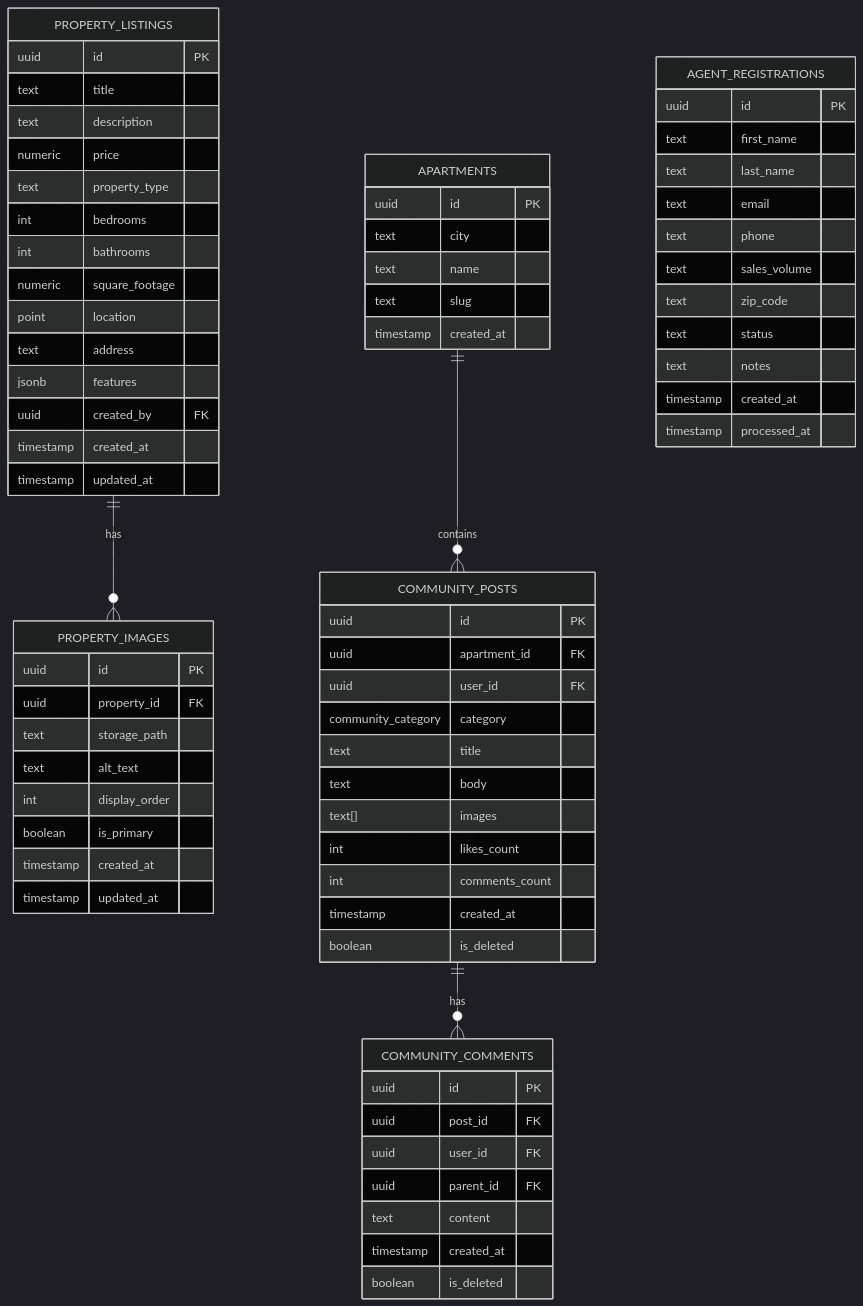
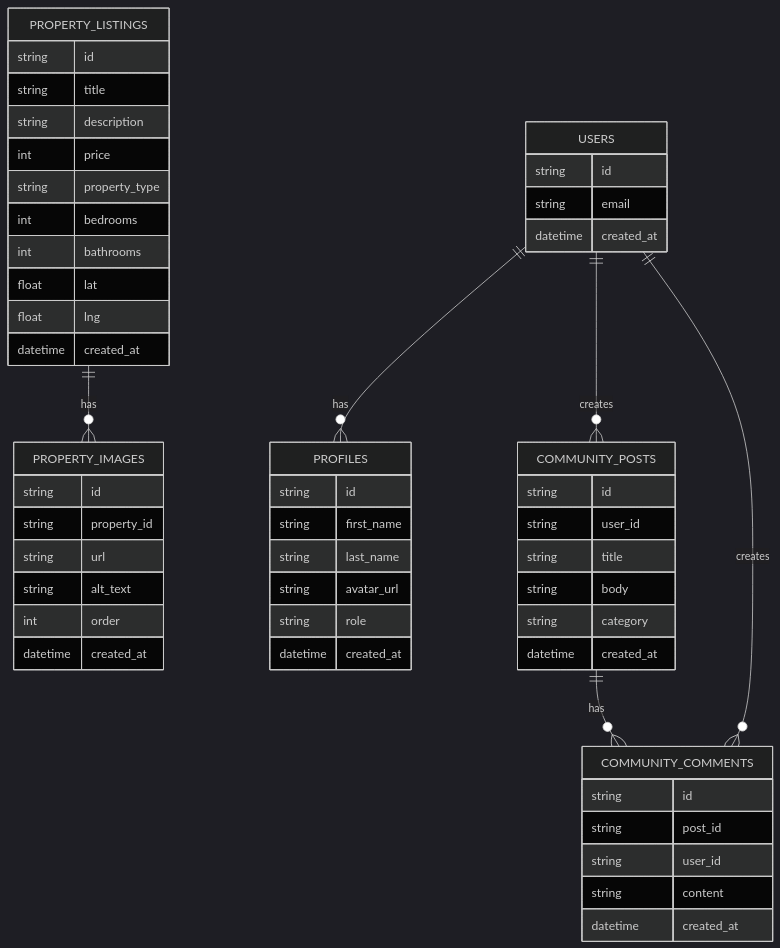
One commit to bk202042/platform changed the second of 2 diagrams in CODEBASE_ANALYSIS.md. Above: the diagram before and after it, drawn with Mermaid (dark theme). The commit also changed other lines of this file and 16 other files, not shown here.

````diff
--- a/CODEBASE_ANALYSIS.md
+++ b/CODEBASE_ANALYSIS.md
@@ -146,80 +69,56 @@
 ```mermaid
 erDiagram
+    PROPERTY_LISTINGS ||--o{ PROPERTY_IMAGES : "has"
     PROPERTY_LISTINGS {
-        uuid id PK
-        text title
-        text description
-        numeric price
-        text property_type
+        string id
+        string title
+        string description
+        int price
+        string property_type
         int bedrooms
         int bathrooms
-        numeric square_footage
-        point location
-        text address
-        jsonb features
-        uuid created_by FK
-        timestamp created_at
-        timestamp updated_at
+        float lat
+        float lng
+        datetime created_at
     }
-
     PROPERTY_IMAGES {
-        uuid id PK
-        uuid property_id FK
-        text storage_path
-        text alt_text
-        int display_order
-        boolean is_primary
-        timestamp created_at
-        timestamp updated_at
+        string id
+        string property_id
+        string url
+        string alt_text
+        int order
+        datetime created_at
     }
-
+    USERS ||--o{ PROFILES : "has"
+    USERS {
+        string id
+        string email
+        datetime created_at
+    }
+    PROFILES {
+        string id
+        string first_name
+        string last_name
+        string avatar_url
+        string role
+        datetime created_at
+    }
+    COMMUNITY_POSTS ||--o{ COMMUNITY_COMMENTS : "has"
     COMMUNITY_POSTS {
-        uuid id PK
-        uuid apartment_id FK
-        uuid user_id FK
-        community_category category
-        text title
-        text body
-        text[] images
-        int likes_count
-        int comments_count
-        timestamp created_at
-        boolean is_deleted
+        string id
+        string user_id
+        string title
+        string body
+        string category
+        datetime created_at
     }
-
     COMMUNITY_COMMENTS {
-        uuid id PK
-        uuid post_id FK
-        uuid user_id FK
-        uuid parent_id FK
-        text content
-        timestamp created_at
-        boolean is_deleted
+        string id
+        string post_id
+        string user_id
+        string content
+        datetime created_at
     }
-
-    APARTMENTS {
-        uuid id PK
-        text city
-        text name
-        text slug
-        timestamp created_at
-    }
-
-    AGENT_REGISTRATIONS {
-        uuid id PK
-        text first_name
-        text last_name
-        text email
-        text phone
-        text sales_volume
-        text zip_code
-        text status
-        text notes
-        timestamp created_at
-        timestamp processed_at
-    }
-
-    PROPERTY_LISTINGS ||--o{ PROPERTY_IMAGES : has
-    COMMUNITY_POSTS ||--o{ COMMUNITY_COMMENTS : has
-    APARTMENTS ||--o{ COMMUNITY_POSTS : contains
+    USERS ||--o{ COMMUNITY_POSTS : "creates"
+    USERS ||--o{ COMMUNITY_COMMENTS : "creates"
 ```
````
